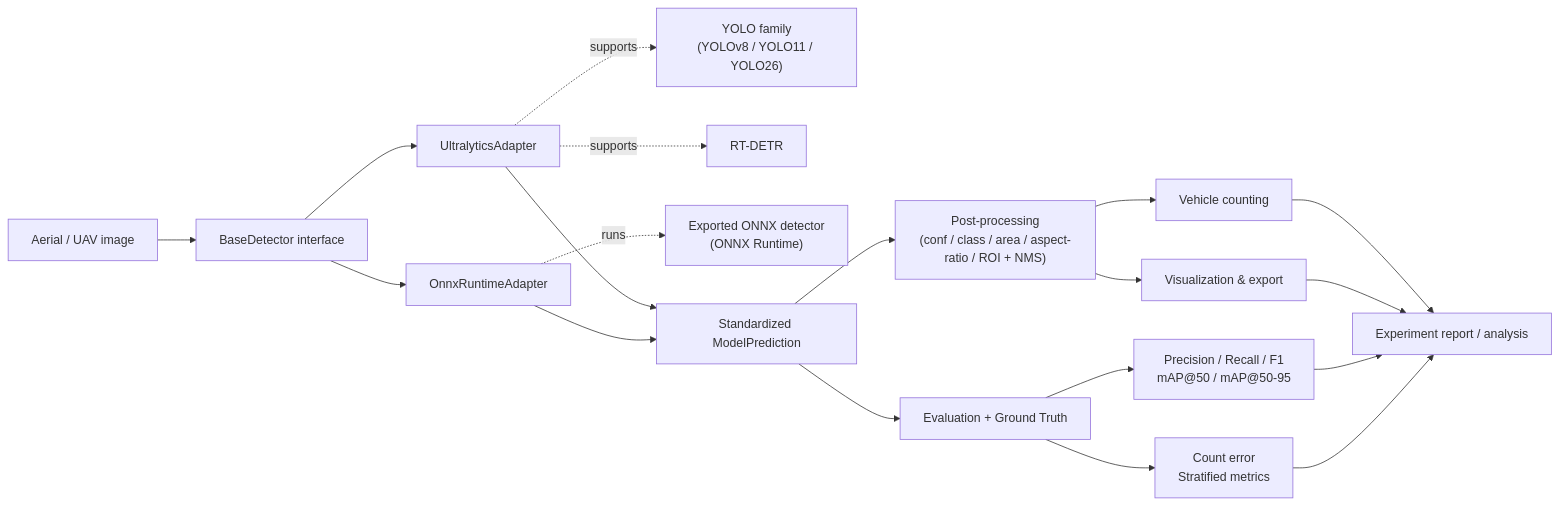
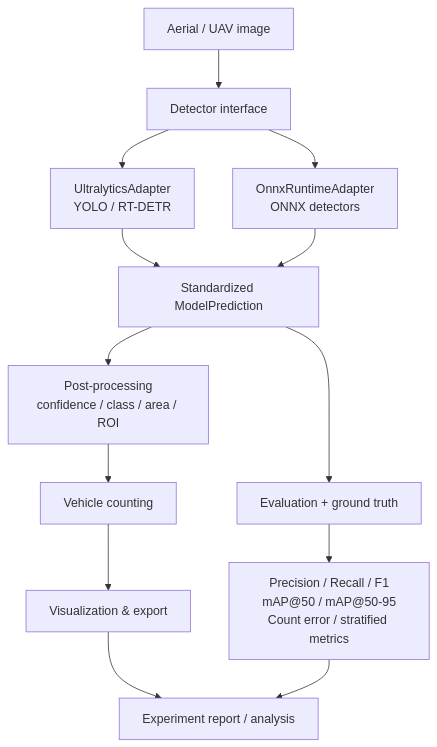
Before and after one commit to Pratyush061/AeroNetra-computervision: the first of 2 diagrams in README.md, drawn with Mermaid. The commit also changed other lines of this file, not shown here.

Commit message:
docs: simplify and correct architecture diagram

````diff
--- a/README.md
+++ b/README.md
@@ -63,28 +63,15 @@
 ```mermaid
-flowchart LR
-    A[Aerial / UAV image] --> B[BaseDetector interface]
-
-    B --> U[UltralyticsAdapter]
-    B --> O[OnnxRuntimeAdapter]
-
-    U -. supports .-> Y["YOLO family<br/>(YOLOv8 / YOLO11 / YOLO26)"]
-    U -. supports .-> R[RT-DETR]
-    O -. runs .-> X["Exported ONNX detector<br/>(ONNX Runtime)"]
-
+flowchart TD
+    A[Aerial / UAV image] --> B[Detector interface]
+    B --> U["UltralyticsAdapter<br/>YOLO / RT-DETR"]
+    B --> O["OnnxRuntimeAdapter<br/>ONNX detectors"]
     U --> C[Standardized ModelPrediction]
     O --> C
-
-    C --> P["Post-processing<br/>(conf / class / area / aspect-ratio / ROI + NMS)"]
-    C --> G["Evaluation + Ground Truth"]
-
-    P --> E[Vehicle counting]
-    P --> V[Visualization & export]
-
-    G --> M["Precision / Recall / F1<br/>mAP@50 / mAP@50-95"]
-    G --> K["Count error<br/>Stratified metrics"]
-
-    E --> RPT[Experiment report / analysis]
-    V --> RPT
-    M --> RPT
-    K --> RPT
+    C --> P["Post-processing<br/>confidence / class / area / ROI"]
+    C --> G["Evaluation + ground truth"]
+    P --> V[Vehicle counting]
+    V --> W[Visualization & export]
+    G --> M["Precision / Recall / F1<br/>mAP@50 / mAP@50-95<br/>Count error / stratified metrics"]
+    W --> R[Experiment report / analysis]
+    M --> R
 ```
````
